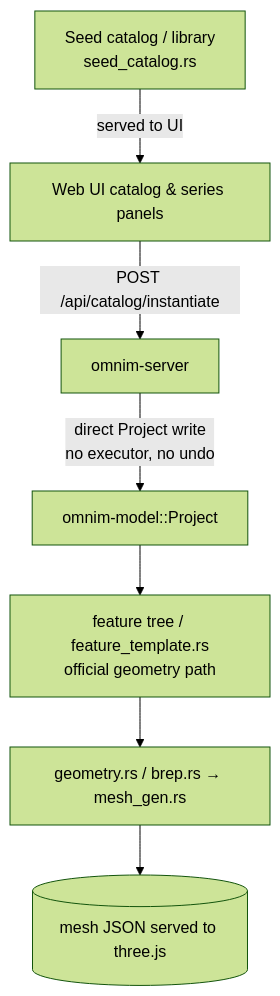
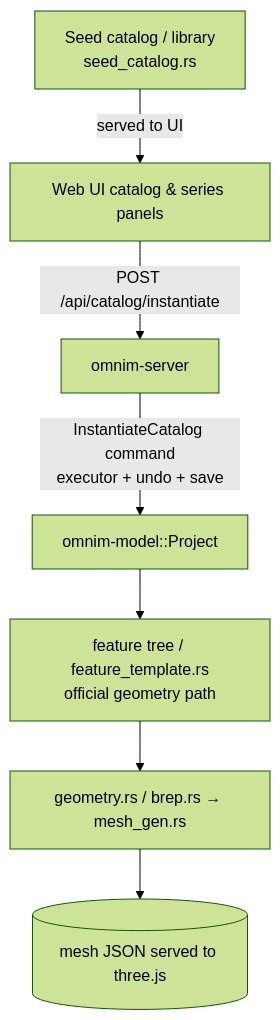
One commit to ronekyng/OmniM changed the fourth of 5 diagrams in docs/architecture/DATA_FLOW.md. Above: the diagram before and after it, drawn with Mermaid (forest theme). The commit also changed other lines of this file and 43 other files, not shown here.

````diff
--- a/docs/architecture/DATA_FLOW.md
+++ b/docs/architecture/DATA_FLOW.md
@@ -188,9 +188,9 @@
 ```mermaid
 flowchart TD
     A[Seed catalog / library<br/>seed_catalog.rs] -->|served to UI| U[Web UI catalog & series panels]
     U -->|POST /api/catalog/instantiate| S[omnim-server]
-    S -->|direct Project write<br/>no executor, no undo| M[omnim-model::Project]
+    S -->|InstantiateCatalog command<br/>executor + undo + save| M[omnim-model::Project]
     M --> F[feature tree / feature_template.rs<br/>official geometry path]
     F --> G[geometry.rs / brep.rs → mesh_gen.rs]
     G --> J[(mesh JSON served to three.js)]
 ```
````
